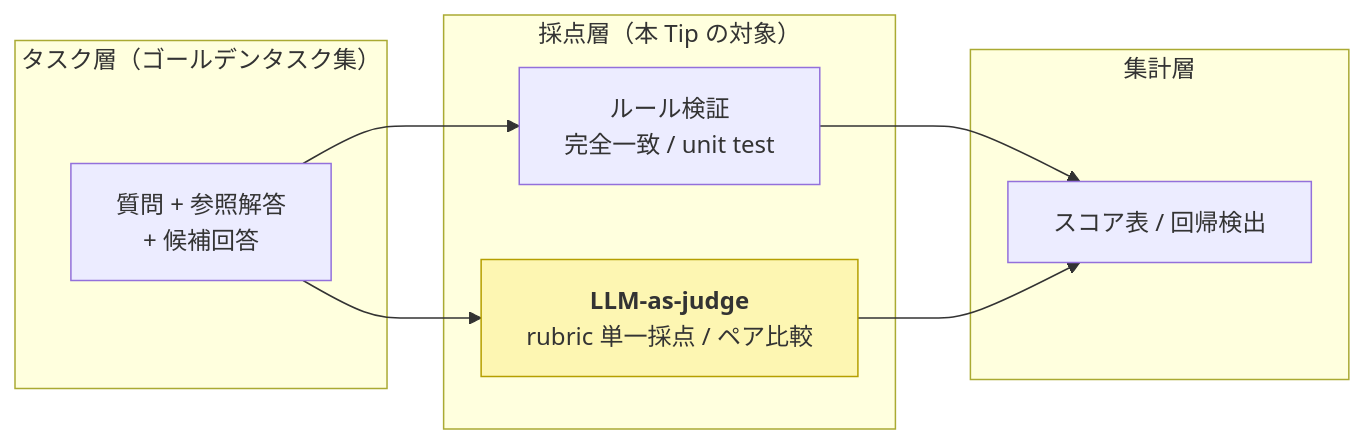
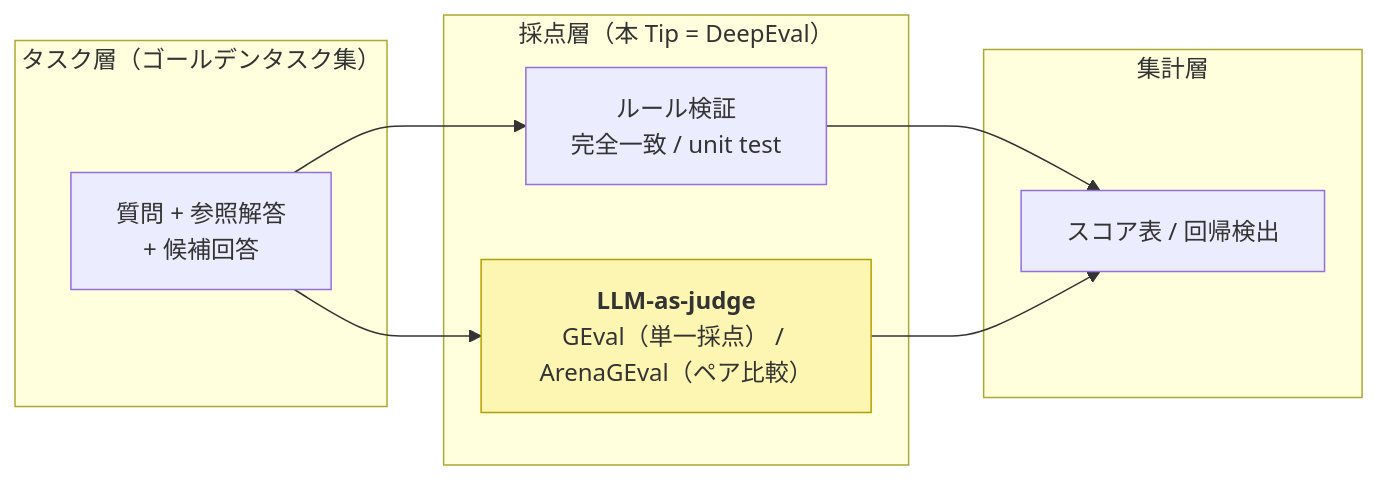
The first of 2 diagrams in nlp_processing/62/README.md (Yagami360/ai-product-dev-tips), drawn with Mermaid before and after one commit. The commit also changed other lines of this file and 3 other files, not shown here.

Commit message:
nlp_processing/62 更新: LLM-as-judge を DeepEval（GEval / ArenaGEval）ベースに書き換え、タイトルも更新

````diff
--- a/nlp_processing/62/README.md
+++ b/nlp_processing/62/README.md
@@ -15,18 +15,18 @@
 ```mermaid
 flowchart LR
   subgraph TASK["タスク層（ゴールデンタスク集）"]
     Q["質問 + 参照解答<br/>+ 候補回答"]
   end
-  subgraph JUDGE["採点層（本 Tip の対象）"]
+  subgraph JUDGE["採点層（本 Tip = DeepEval）"]
     RULE["ルール検証<br/>完全一致 / unit test"]
-    LLMJ["<b>LLM-as-judge</b><br/>rubric 単一採点 / ペア比較"]
+    LLMJ["<b>LLM-as-judge</b><br/>GEval（単一採点） / ArenaGEval（ペア比較）"]
   end
   subgraph OUT["集計層"]
     S["スコア表 / 回帰検出"]
   end
   Q --> RULE
   Q --> LLMJ
   RULE --> S
   LLMJ --> S
   style LLMJ fill:#fdf6b2,stroke:#b59f00
 ```
````
